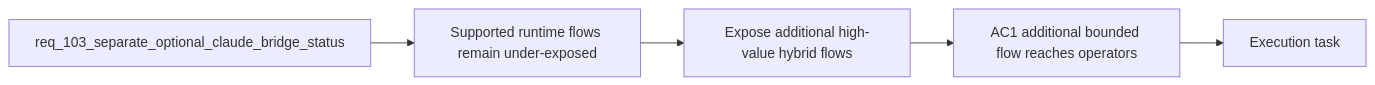
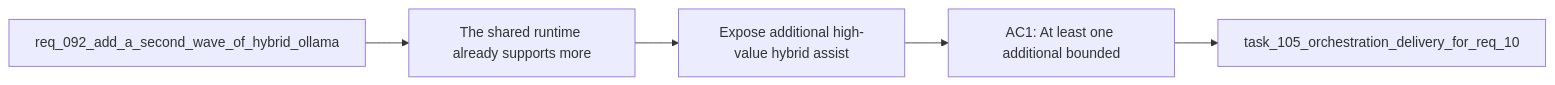
One commit to AlexAgo83/logics-manager changed the diagram in logics/backlog/item_182_expose_additional_high_value_hybrid_assist_flows_through_plugin_and_shared_operator_surfaces.md. Above: the diagram before and after it, drawn with Mermaid. The commit also changed 481 other files, not shown here.

````diff
--- a/logics/backlog/item_182_expose_additional_high_value_hybrid_assist_flows_through_plugin_and_shared_operator_surfaces.md
+++ b/logics/backlog/item_182_expose_additional_high_value_hybrid_assist_flows_through_plugin_and_shared_operator_surfaces.md
@@ -28,9 +28,9 @@
 ```mermaid
 %% logics-kind: backlog
 %% logics-signature: backlog|expose-additional-high-value-hybrid-assi|req-092-add-a-second-wave-of-hybrid-olla|the-shared-runtime-already-supports-more|ac1-at-least-one-additional-bounded
 flowchart LR
-    Request[req_103_separate_optional_claude_bridge_status] --> Problem[Supported runtime flows remain under-exposed]
-    Problem --> Scope[Expose additional high-value hybrid flows]
-    Scope --> Acceptance[AC1 additional bounded flow reaches operators]
-    Acceptance --> Tasks[Execution task]
+    Request[req_092_add_a_second_wave_of_hybrid_ollama] --> Problem[The shared runtime already supports more]
+    Problem --> Scope[Expose additional high-value hybrid assist]
+    Scope --> Acceptance[AC1: At least one additional bounded]
+    Acceptance --> Tasks[task_105_orchestration_delivery_for_req_10]
 ```
````
